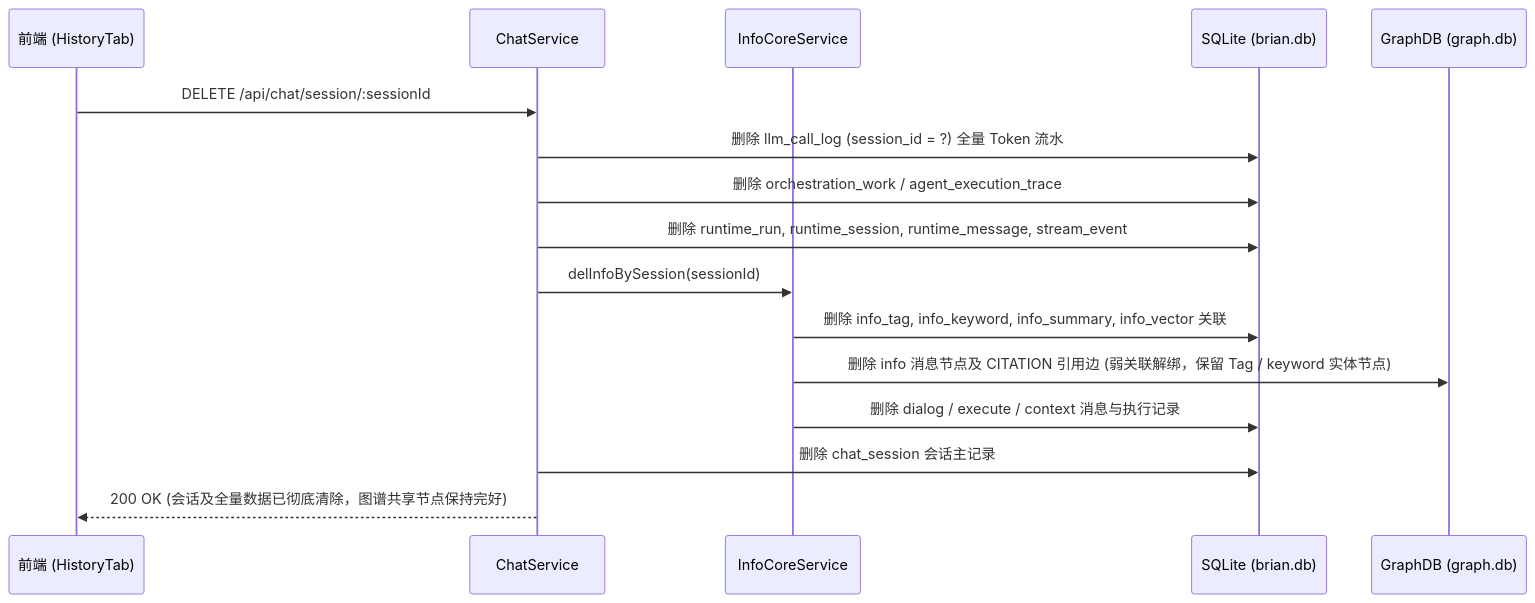
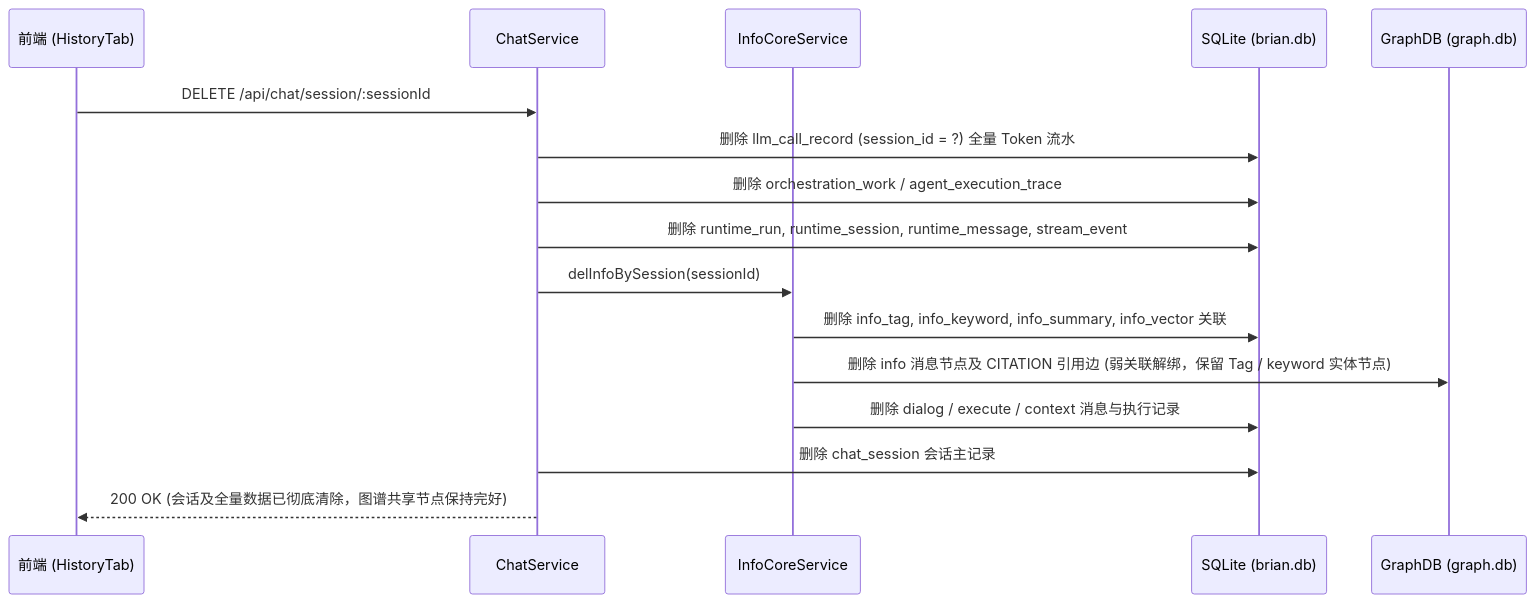
Before and after one commit to zhaoxuan-inside/brian-agent: the fourth of 6 diagrams in _04_framework_design/02_data_flow.md, drawn with Mermaid. The commit also changed other lines of this file and 386 other files, not shown here.

````diff
--- a/_04_framework_design/02_data_flow.md
+++ b/_04_framework_design/02_data_flow.md
@@ -106,18 +138,18 @@
 ```mermaid
 sequenceDiagram
     participant FE as 前端 (HistoryTab)
     participant CS as ChatService
     participant IC as InfoCoreService
     participant RD as SQLite (brian.db)
     participant GD as GraphDB (graph.db)
     FE->>CS: DELETE /api/chat/session/:sessionId
-    CS->>RD: 删除 llm_call_log (session_id = ?) 全量 Token 流水
+    CS->>RD: 删除 llm_call_record (session_id = ?) 全量 Token 流水
     CS->>RD: 删除 orchestration_work / agent_execution_trace
     CS->>RD: 删除 runtime_run, runtime_session, runtime_message, stream_event
     CS->>IC: delInfoBySession(sessionId)
     IC->>RD: 删除 info_tag, info_keyword, info_summary, info_vector 关联
     IC->>GD: 删除 info 消息节点及 CITATION 引用边 (弱关联解绑，保留 Tag / keyword 实体节点)
     IC->>RD: 删除 dialog / execute / context 消息与执行记录
     CS->>RD: 删除 chat_session 会话主记录
     CS-->>FE: 200 OK (会话及全量数据已彻底清除，图谱共享节点保持完好)
 ```
````
